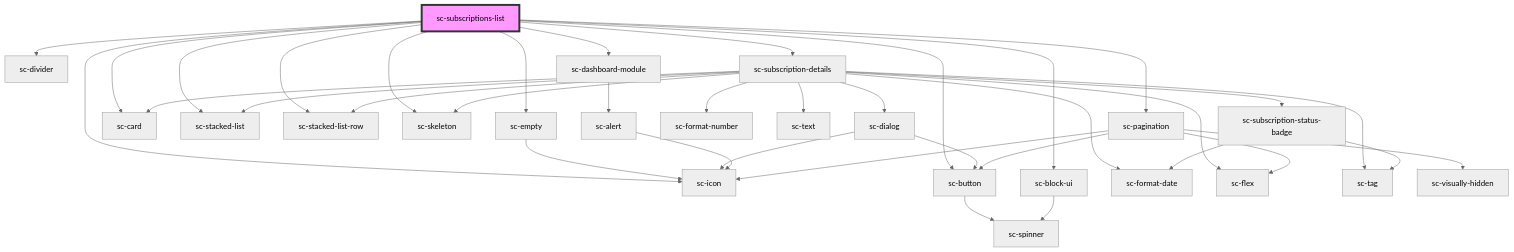
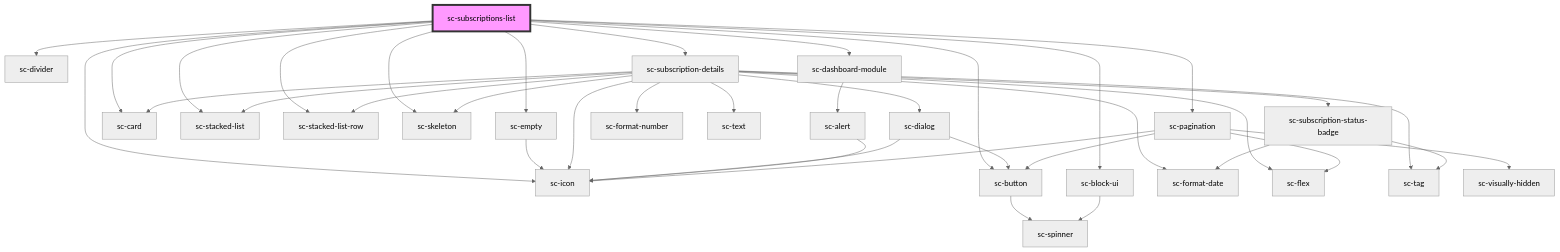
Before and after one commit to surecart/surecart-wp-plugin: the diagram in packages/components/src/components/controllers/dashboard/subscriptions-list/readme.md, drawn with Mermaid (neutral theme). The commit also changed 7 other files, not shown here.

````diff
--- a/packages/components/src/components/controllers/dashboard/subscriptions-list/readme.md
+++ b/packages/components/src/components/controllers/dashboard/subscriptions-list/readme.md
@@ -37,40 +37,41 @@
 ```mermaid
 graph TD;
   sc-subscriptions-list --> sc-divider
   sc-subscriptions-list --> sc-empty
   sc-subscriptions-list --> sc-card
   sc-subscriptions-list --> sc-stacked-list
   sc-subscriptions-list --> sc-stacked-list-row
   sc-subscriptions-list --> sc-skeleton
   sc-subscriptions-list --> sc-subscription-details
   sc-subscriptions-list --> sc-icon
   sc-subscriptions-list --> sc-dashboard-module
   sc-subscriptions-list --> sc-button
   sc-subscriptions-list --> sc-pagination
   sc-subscriptions-list --> sc-block-ui
   sc-empty --> sc-icon
   sc-subscription-details --> sc-subscription-status-badge
   sc-subscription-details --> sc-format-date
   sc-subscription-details --> sc-skeleton
   sc-subscription-details --> sc-format-number
   sc-subscription-details --> sc-flex
   sc-subscription-details --> sc-tag
   sc-subscription-details --> sc-text
   sc-subscription-details --> sc-dialog
   sc-subscription-details --> sc-card
   sc-subscription-details --> sc-stacked-list
   sc-subscription-details --> sc-stacked-list-row
+  sc-subscription-details --> sc-icon
   sc-subscription-status-badge --> sc-format-date
   sc-subscription-status-badge --> sc-tag
   sc-dialog --> sc-button
   sc-dialog --> sc-icon
   sc-button --> sc-spinner
   sc-dashboard-module --> sc-alert
   sc-alert --> sc-icon
   sc-pagination --> sc-flex
   sc-pagination --> sc-button
   sc-pagination --> sc-visually-hidden
   sc-pagination --> sc-icon
   sc-block-ui --> sc-spinner
   style sc-subscriptions-list fill:#f9f,stroke:#333,stroke-width:4px
 ```
````
